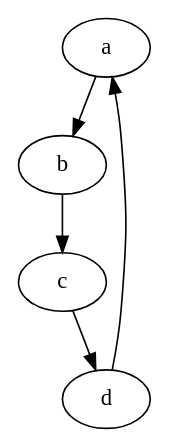
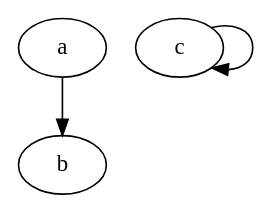
The diagram in graph/dot/example2.dot (NickCody/pmud), drawn with Graphviz before and after one commit. The commit also changed 8 other files, not shown here.

```diff
--- a/graph/dot/example2.dot
+++ b/graph/dot/example2.dot
@@ -1,6 +1,4 @@
-digraph {
-    a -> b;
-    b -> c;
-    c -> d;
-    d -> a;
+strict digraph {
+    a -> b
+    c -> c
 }
```
